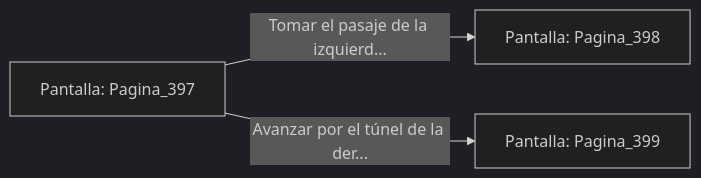
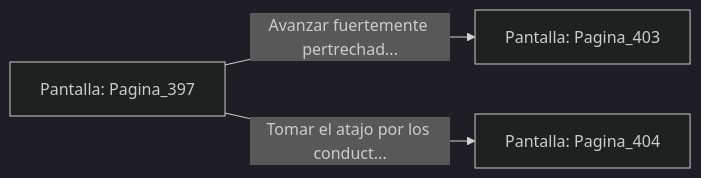
Before and after one commit to metsuke/mpl: the diagram in sample/eligejuego-vault/Pantalla_Pagina_397.md, drawn with Mermaid (dark theme). The commit also changed other lines of this file and 635 other files, not shown here.

First line of the commit message:
fix: añadir Pagina_1 como pantalla inicial en capitulo_01.mpl

````diff
--- a/sample/eligejuego-vault/Pantalla_Pagina_397.md
+++ b/sample/eligejuego-vault/Pantalla_Pagina_397.md
@@ -20,6 +24,6 @@
 ```mermaid
 graph LR
     P_Pagina_397["Pantalla: Pagina_397"]
-    P_Pagina_397 -->|"Tomar el pasaje de la izquierd..."| P_Pagina_398["Pantalla: Pagina_398"]
-    P_Pagina_397 -->|"Avanzar por el túnel de la der..."| P_Pagina_399["Pantalla: Pagina_399"]
+    P_Pagina_397 -->|"Avanzar fuertemente pertrechad..."| P_Pagina_403["Pantalla: Pagina_403"]
+    P_Pagina_397 -->|"Tomar el atajo por los conduct..."| P_Pagina_404["Pantalla: Pagina_404"]
 ```
````
